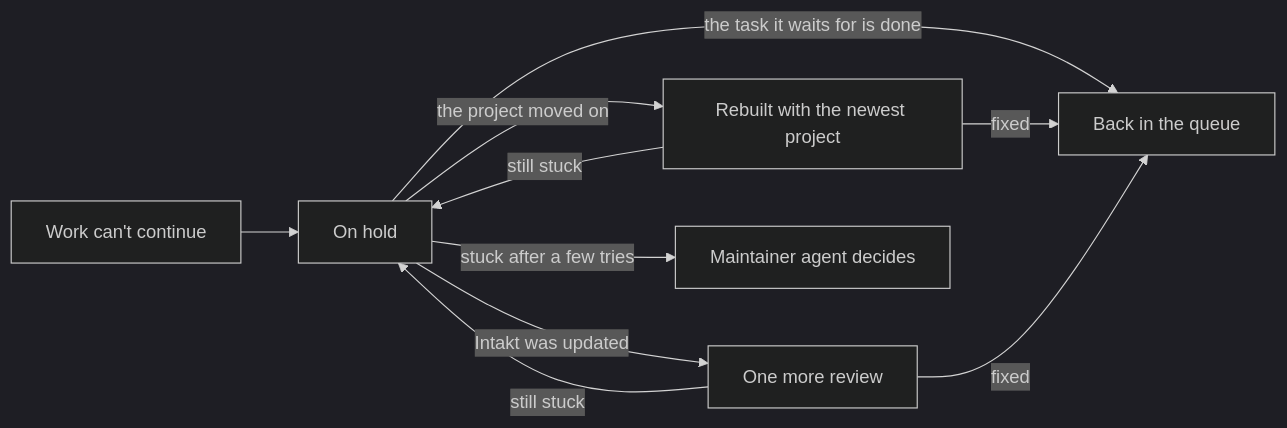
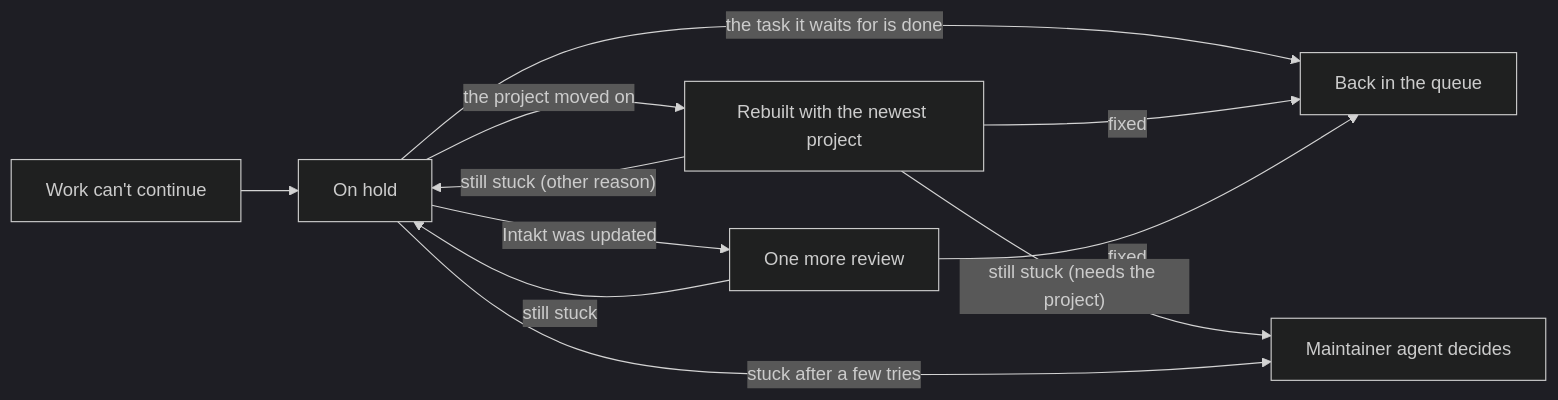
One commit to shinyredapples/intakt changed the fifth of 6 diagrams in docs/guide/how-intakt-works.md. Above: the diagram before and after it, drawn with Mermaid (dark theme). The commit also changed 1 other file, not shown here.

Commit message:
docs(design): polish the needs-main hand-over wording and diagram

````diff
--- a/docs/guide/how-intakt-works.md
+++ b/docs/guide/how-intakt-works.md
@@ -111,12 +111,13 @@
 ```mermaid
 flowchart LR
   w[Work can't continue] --> h[On hold]
   h -- "the task it waits for is done" --> go[Back in the queue]
   h -- "the project moved on" --> rebuild[Rebuilt with the newest project]
   h -- "Intakt was updated" --> retry[One more review]
   rebuild -- fixed --> go
   retry -- fixed --> go
-  rebuild -- still stuck --> h
+  rebuild -- "still stuck (needs the project)" --> m
+  rebuild -- "still stuck (other reason)" --> h
   retry -- still stuck --> h
   h -- "stuck after a few tries" --> m[Maintainer agent decides]
 ```
````
